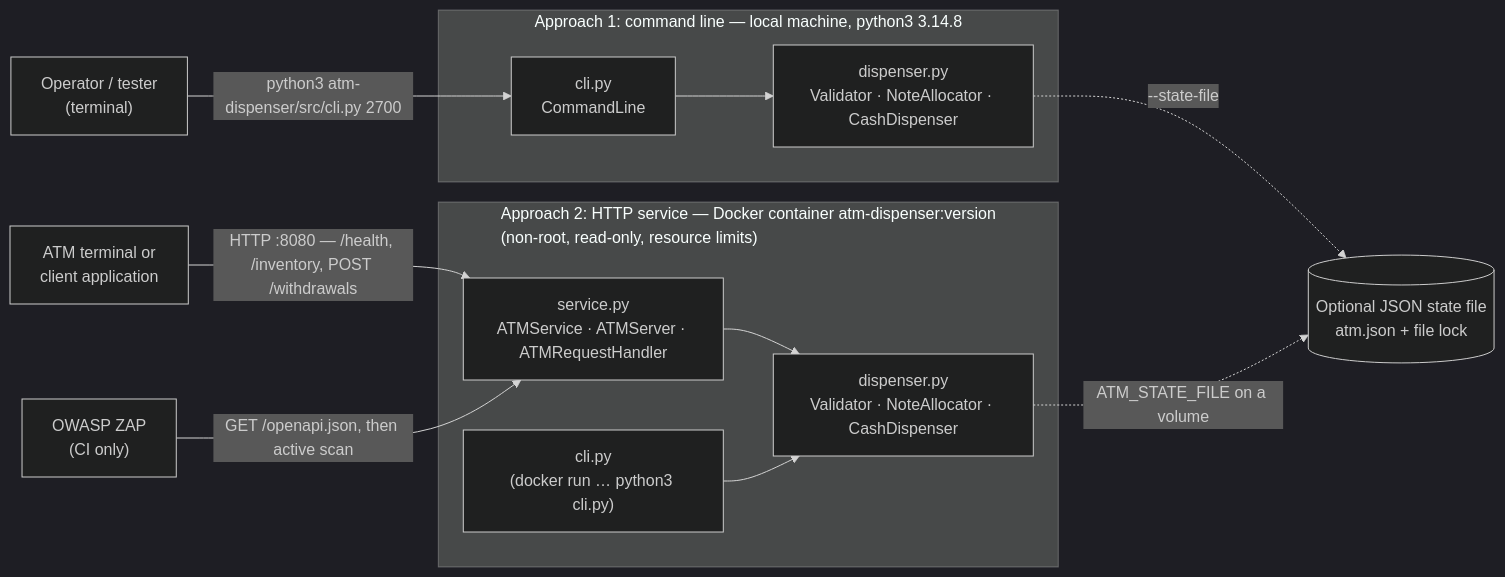
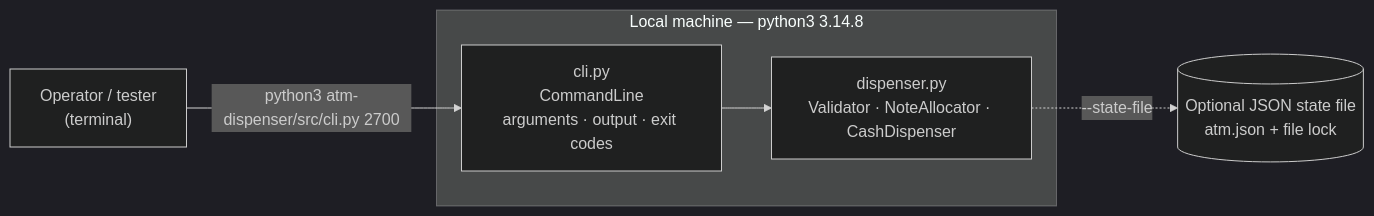
The first of 5 diagrams in README.md (AnupamGupta86/InmarCodingAssignment), drawn with Mermaid (dark theme) before and after one commit. The commit also changed other lines of this file and 16 other files, not shown here.

````diff
--- a/README.md
+++ b/README.md
@@ -83,28 +89,15 @@
 ```mermaid
 flowchart LR
     operator["Operator / tester<br/>(terminal)"]
-    client["ATM terminal or<br/>client application"]
-    zap["OWASP ZAP<br/>(CI only)"]
 
-    subgraph local["Approach 1: command line — local machine, python3 3.14.8"]
-        cli["cli.py<br/>CommandLine"]
-        core1["dispenser.py<br/>Validator · NoteAllocator · CashDispenser"]
-        cli --> core1
+    subgraph local["Local machine — python3 3.14.8"]
+        cli["cli.py<br/>CommandLine<br/>arguments · output · exit codes"]
+        core["dispenser.py<br/>Validator · NoteAllocator · CashDispenser"]
+        cli --> core
     end
 
-    subgraph container["Approach 2: HTTP service — Docker container atm-dispenser:version<br/>(non-root, read-only, resource limits)"]
-        svc["service.py<br/>ATMService · ATMServer · ATMRequestHandler"]
-        cli2["cli.py<br/>(docker run … python3 cli.py)"]
-        core2["dispenser.py<br/>Validator · NoteAllocator · CashDispenser"]
-        svc --> core2
-        cli2 --> core2
-    end
+    state[("Optional JSON state file<br/>atm.json + file lock")]
 
     operator -->|"python3 atm-dispenser/src/cli.py 2700"| cli
-    client -->|"HTTP :8080 — /health, /inventory, POST /withdrawals"| svc
-    zap -->|"GET /openapi.json, then active scan"| svc
-
-    state[("Optional JSON state file<br/>atm.json + file lock")]
-    core1 -.->|"--state-file"| state
-    core2 -.->|"ATM_STATE_FILE on a volume"| state
+    core -.->|"--state-file"| state
 ```
````
